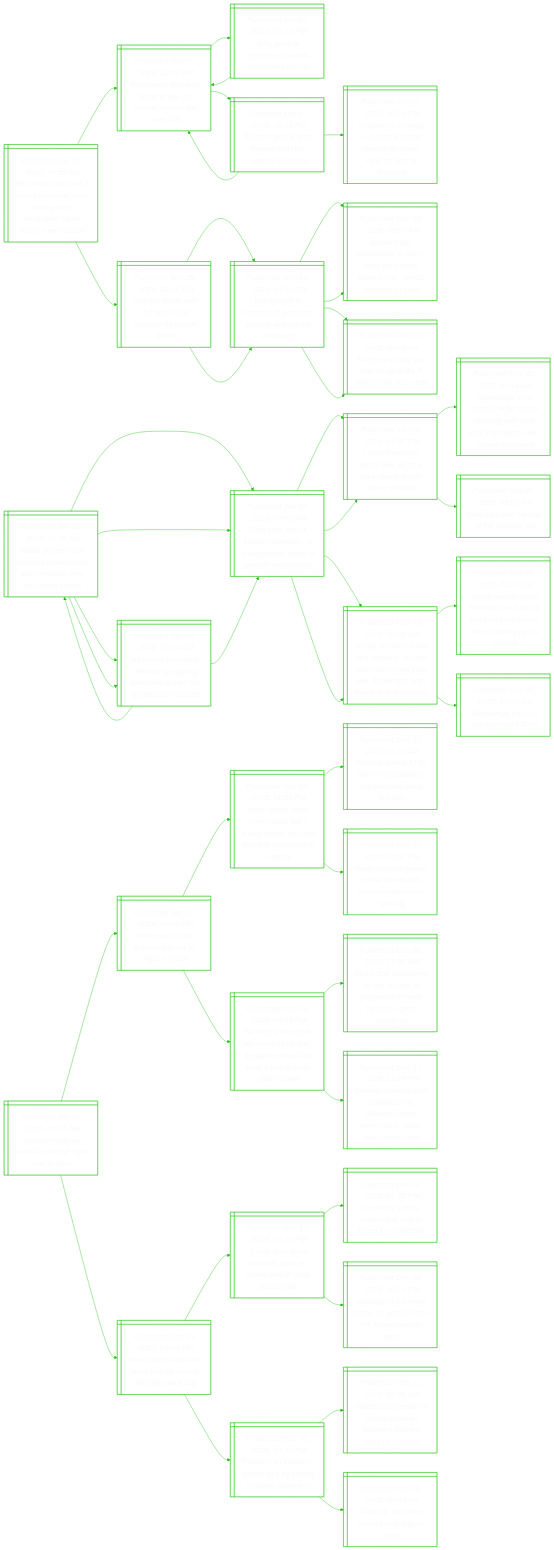
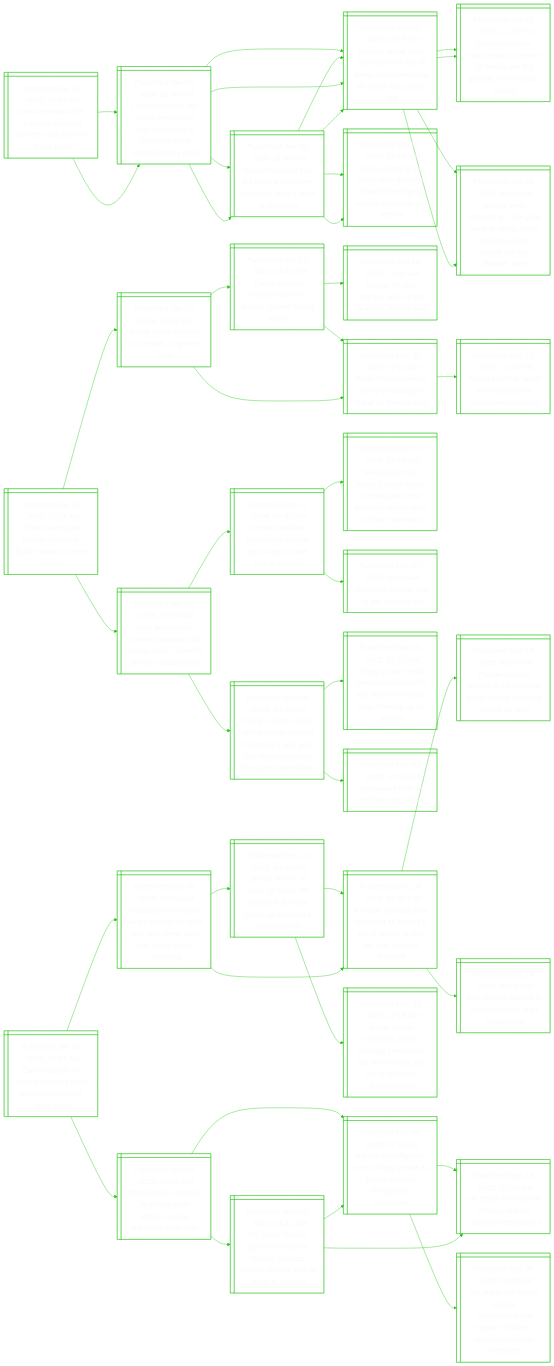
The diagram in README.md (notJmes/notJmes), drawn with Mermaid before and after one commit. The commit also changed other lines of this file, not shown here.

````diff
--- a/README.md
+++ b/README.md
@@ -16,51 +16,66 @@
 flowchart LR
 classDef txtsize font-size:20px;
 
-Btwcarremheymhes@{ shape: win-pane, label: "_Published Jan 03, 2026, 07:55 AM_
-Bbc settles with oct 7 attack survivors after filming their destroyed home ‘without permission’" }
-NyeeawHakl@{ shape: win-pane, label: "_Published Oct 07, 2023, 12:04 PM_
-Netanyahu declares israel at war as hamas attacks kill over 100" }
-WzptIleint@{ shape: win-pane, label: "_Published Oct 07, 2023, 05:15 PM_
-Why gaza is epicentre of israeli-palestinian conflict" }
-NyeeawHakl@{ shape: win-pane, label: "_Published Oct 07, 2023, 12:04 PM_
-Netanyahu declares israel at war as hamas attacks kill over 100" }
-Wiceapaks@{ shape: win-pane, label: "_Published Oct 07, 2023, 06:44 PM_
-World in shock after hamas surprise attacks on israel" }
-NyeeawHakl@{ shape: win-pane, label: "_Published Oct 07, 2023, 12:04 PM_
-Netanyahu declares israel at war as hamas attacks kill over 100" }
-SptldtrcIlsnic@{ shape: win-pane, label: "_Published Oct 07, 2023, 10:24 PM_
-Singapore strongly condemns terror attacks on israel, calls for end to violence" }
-TslhBleioe@{ shape: win-pane, label: "_Published Nov 25, 2025, 08:18 PM_
-Trump’s battle with the bbc could threaten its global reach" }
-Bunsoadtadnp@{ shape: win-pane, label: "_Published Nov 15, 2025, 10:53 PM_
-Bbc caught in crossfire of polarised political and media landscape" }
-BiCosueoshrtaoi@{ shape: win-pane, label: "_Published Nov 14, 2025, 05:07 AM_
-Britain’s bbc apologises to trump over panorama speech edit, rejects defamation claim" }
-Tsieooieet@{ shape: win-pane, label: "_Published Nov 15, 2025, 10:09 AM_
-Trump says will sue bbc for up to $6.4 billion over video edit" }
-Bunsoadtadnp@{ shape: win-pane, label: "_Published Nov 15, 2025, 10:53 PM_
-Bbc caught in crossfire of polarised political and media landscape" }
-BiCosueoshrtaoi@{ shape: win-pane, label: "_Published Nov 14, 2025, 05:07 AM_
-Britain’s bbc apologises to trump over panorama speech edit, rejects defamation claim" }
-Tsieooieet@{ shape: win-pane, label: "_Published Nov 15, 2025, 10:09 AM_
-Trump says will sue bbc for up to $6.4 billion over video edit" }
+CMnechusuoaz@{ shape: win-pane, label: "_Published Jan 03, 2026, 11:34 AM_
+Crans-montana fire: ‘my face was half-burned’ says survivor of bar blaze" }
+CMnesercapektdlz@{ shape: win-pane, label: "_Published Jan 02, 2026, 11:40 PM_
+Crans-montana fire: swiss prosecutor says champagne sparklers likely started deadly blaze" }
+Dserrftssairpe@{ shape: win-pane, label: "_Published Jan 01, 2026, 02:15 PM_
+Dozens killed, over 100 injured in fire at swiss crans-montana ski resort bar, police say" }
+CMnsoceaaeltrcs@{ shape: win-pane, label: "_Published Jan 01, 2026, 11:24 PM_
+Crans-montana: swiss resort at centre of deadly bar fire popular with tourists, celebs" }
+Pesmeryianrteodtn@{ shape: win-pane, label: "_Published Jan 02, 2026, 02:44 AM_
+‘people were screaming’: new year party at swiss crans-montana resort turned into fire disaster zone" }
+CMneiahorrats@{ shape: win-pane, label: "_Published Jan 02, 2026, 11:40 PM_
+Crans-montana fire: it’s likely a flashover occurred. here’s what that means" }
+Dserrftssairpe@{ shape: win-pane, label: "_Published Jan 01, 2026, 02:15 PM_
+Dozens killed, over 100 injured in fire at swiss crans-montana ski resort bar, police say" }
+CMnesaukeyisaae@{ shape: win-pane, label: "_Published Jan 02, 2026, 07:14 AM_
+Crans-montana fire: swiss face arduous task of identifying victims of deadly bar inferno" }
+CMnesercapektdlz@{ shape: win-pane, label: "_Published Jan 02, 2026, 11:40 PM_
+Crans-montana fire: swiss prosecutor says champagne sparklers likely started deadly blaze" }
+Dserrftssairpe@{ shape: win-pane, label: "_Published Jan 01, 2026, 02:15 PM_
+Dozens killed, over 100 injured in fire at swiss crans-montana ski resort bar, police say" }
+CMnsoceaaeltrcs@{ shape: win-pane, label: "_Published Jan 01, 2026, 11:24 PM_
+Crans-montana: swiss resort at centre of deadly bar fire popular with tourists, celebs" }
+Pesmeryianrteodtn@{ shape: win-pane, label: "_Published Jan 02, 2026, 02:44 AM_
+‘people were screaming’: new year party at swiss crans-montana resort turned into fire disaster zone" }
+CMneiahorrats@{ shape: win-pane, label: "_Published Jan 02, 2026, 11:40 PM_
+Crans-montana fire: it’s likely a flashover occurred. here’s what that means" }
+Dserrftssairpe@{ shape: win-pane, label: "_Published Jan 01, 2026, 02:15 PM_
+Dozens killed, over 100 injured in fire at swiss crans-montana ski resort bar, police say" }
+CMnesaukeyisaae@{ shape: win-pane, label: "_Published Jan 02, 2026, 07:14 AM_
+Crans-montana fire: swiss face arduous task of identifying victims of deadly bar inferno" }
 
-Btwcarremheymhes:::txtsize --> NyeeawHakl:::txtsize
-NyeeawHakl:::txtsize --> WzptIleint:::txtsize
-WzptIleint:::txtsize --> NyeeawHakl:::txtsize
-NyeeawHakl:::txtsize --> Wiceapaks:::txtsize
-Wiceapaks:::txtsize --> NyeeawHakl:::txtsize
-Wiceapaks:::txtsize --> SptldtrcIlsnic:::txtsize
-Btwcarremheymhes:::txtsize --> TslhBleioe:::txtsize
-TslhBleioe:::txtsize --> Bunsoadtadnp:::txtsize
-Bunsoadtadnp:::txtsize --> BiCosueoshrtaoi:::txtsize
-Bunsoadtadnp:::txtsize --> Tsieooieet:::txtsize
-TslhBleioe:::txtsize --> Bunsoadtadnp:::txtsize
-Bunsoadtadnp:::txtsize --> BiCosueoshrtaoi:::txtsize
-Bunsoadtadnp:::txtsize --> Tsieooieet:::txtsize
+CMnechusuoaz:::txtsize --> CMnesercapektdlz:::txtsize
+CMnesercapektdlz:::txtsize --> Dserrftssairpe:::txtsize
+Dserrftssairpe:::txtsize --> CMnsoceaaeltrcs:::txtsize
+Dserrftssairpe:::txtsize --> Pesmeryianrteodtn:::txtsize
+CMnesercapektdlz:::txtsize --> CMneiahorrats:::txtsize
+CMneiahorrats:::txtsize --> Dserrftssairpe:::txtsize
+CMneiahorrats:::txtsize --> CMnesaukeyisaae:::txtsize
+CMnechusuoaz:::txtsize --> CMnesercapektdlz:::txtsize
+CMnesercapektdlz:::txtsize --> Dserrftssairpe:::txtsize
+Dserrftssairpe:::txtsize --> CMnsoceaaeltrcs:::txtsize
+Dserrftssairpe:::txtsize --> Pesmeryianrteodtn:::txtsize
+CMnesercapektdlz:::txtsize --> CMneiahorrats:::txtsize
+CMneiahorrats:::txtsize --> Dserrftssairpe:::txtsize
+CMneiahorrats:::txtsize --> CMnesaukeyisaae:::txtsize
 
-Ilenuaitioald@{ shape: win-pane, label: "_Published Jan 03, 2026, 07:49 AM_
-Israeli government accuses mamdani of anti-semitism over cancelled orders" }
+TsPioalnnt@{ shape: win-pane, label: "_Published Jan 03, 2026, 11:21 AM_
+Trump super pac raised more than $128 million in recent months" }
+Taddhhiss@{ shape: win-pane, label: "_Published Jan 02, 2026, 09:41 PM_
+Trump again defends his health, cognitive skills" }
+Tbssnsnels@{ shape: win-pane, label: "_Published Jan 01, 2026, 10:44 PM_
+Trump blames bruised hand on aspirin, denies falling asleep" }
+Thraylty@{ shape: win-pane, label: "_Published Oct 11, 2025, 11:00 AM_
+Trump, 79, has ‘cardiac age’ of 65-year-old, doctor says" }
+WHbspdhnss@{ shape: win-pane, label: "_Published Dec 12, 2025, 07:10 AM_
+White house blames trump’s bandaged hand on handshakes" }
+WHbspdhnss@{ shape: win-pane, label: "_Published Dec 12, 2025, 07:10 AM_
+White house blames trump’s bandaged hand on handshakes" }
+Tseadieael@{ shape: win-pane, label: "_Published Dec 10, 2025, 12:40 PM_
+Trump says he ‘aced’ a third cognitive exam taken recently" }
 Nrormautogncl@{ shape: win-pane, label: "_Published Jan 02, 2026, 07:00 AM_
 New york mayor zohran mamdani, at inauguration, vows to govern ‘audaciously’" }
 LsdavNroemd@{ shape: win-pane, label: "_Published Jan 01, 2026, 01:57 PM_
@@ -75,80 +90,65 @@
 Young muslim leftist mamdani on track to win new york mayor vote, shaking up us politics" }
 Twreig@{ shape: win-pane, label: "_Published Nov 05, 2025, 10:50 AM_
 Takeaways from us election night 2025" }
-Nodespetrhess@{ shape: win-pane, label: "_Published Jan 03, 2026, 07:30 AM_
-Ny mayor mamdani defends scrapping executive orders his predecessor issued" }
-Ilenuaitioald@{ shape: win-pane, label: "_Published Jan 03, 2026, 07:49 AM_
-Israeli government accuses mamdani of anti-semitism over cancelled orders" }
-Nrormautogncl@{ shape: win-pane, label: "_Published Jan 02, 2026, 07:00 AM_
-New york mayor zohran mamdani, at inauguration, vows to govern ‘audaciously’" }
-Nodespetrhess@{ shape: win-pane, label: "_Published Jan 03, 2026, 07:30 AM_
-Ny mayor mamdani defends scrapping executive orders his predecessor issued" }
-Nrormautogncl@{ shape: win-pane, label: "_Published Jan 02, 2026, 07:00 AM_
-New york mayor zohran mamdani, at inauguration, vows to govern ‘audaciously’" }
-LsdavNroemd@{ shape: win-pane, label: "_Published Jan 01, 2026, 01:57 PM_
-Leftist mamdani takes over as new york mayor under trump shadow" }
-YMmnoihaiYilehpea@{ shape: win-pane, label: "_Published Nov 05, 2025, 10:55 AM_
-Young, muslim, asian and socialist: zohran mamdani’s new york win challenges both trump and democrats" }
 
-Ilenuaitioald:::txtsize --> Nrormautogncl:::txtsize
+TsPioalnnt:::txtsize --> Taddhhiss:::txtsize
+Taddhhiss:::txtsize --> Tbssnsnels:::txtsize
+Tbssnsnels:::txtsize --> Thraylty:::txtsize
+Tbssnsnels:::txtsize --> WHbspdhnss:::txtsize
+Taddhhiss:::txtsize --> WHbspdhnss:::txtsize
+WHbspdhnss:::txtsize --> Tseadieael:::txtsize
+TsPioalnnt:::txtsize --> Nrormautogncl:::txtsize
 Nrormautogncl:::txtsize --> LsdavNroemd:::txtsize
 LsdavNroemd:::txtsize --> TwruhoegNryrtad:::txtsize
 LsdavNroemd:::txtsize --> Mntshul:::txtsize
 Nrormautogncl:::txtsize --> YMmnoihaiYilehpea:::txtsize
 YMmnoihaiYilehpea:::txtsize --> YMmimociYaoauoc:::txtsize
 YMmnoihaiYilehpea:::txtsize --> Twreig:::txtsize
-Ilenuaitioald:::txtsize --> Nodespetrhess:::txtsize
-Nodespetrhess:::txtsize --> Ilenuaitioald:::txtsize
-Ilenuaitioald:::txtsize --> Nrormautogncl:::txtsize
-Ilenuaitioald:::txtsize --> Nodespetrhess:::txtsize
-Nodespetrhess:::txtsize --> Nrormautogncl:::txtsize
-Nrormautogncl:::txtsize --> LsdavNroemd:::txtsize
-Nrormautogncl:::txtsize --> YMmnoihaiYilehpea:::txtsize
 
-UelsteGnz@{ shape: win-pane, label: "_Published Jan 03, 2026, 07:37 AM_
-Un chief calls on israel to reverse ngos ban in gaza" }
-IlilrnOa@{ shape: win-pane, label: "_Published Jan 01, 2026, 06:49 PM_
-Israel says it will enforce ban on 37 ngos in gaza" }
-Ilnttotcbiddpnu@{ shape: win-pane, label: "_Published Dec 24, 2025, 11:53 PM_
-Israel green lights contentious oct 7 attack probe, families demand independent inquiry" }
-Ilvinviddrdy@{ shape: win-pane, label: "_Published Dec 25, 2025, 01:52 AM_
-Israel to invest $140 billion in developing independent arms industry" }
-Ilnwbosealcy@{ shape: win-pane, label: "_Published Dec 23, 2025, 08:04 PM_
-Israel extends power to ban broadcasts deemed harmful to security" }
-NpyosbSphdtnlnm@{ shape: win-pane, label: "_Published Dec 31, 2025, 03:15 PM_
-No happy new year for those hit by war; singapore should do what it can to help: shanmugam" }
-AvtheeSpoesast@{ shape: win-pane, label: "_Published Dec 20, 2025, 11:05 AM_
-About 200 volunteers hit the streets of singapore to raise funds for gaza residents" }
-WcehaavnpsUBTR@{ shape: win-pane, label: "_Published Dec 27, 2025, 12:15 PM_
-Woman charged with vandalism at salvation army premises in upper bukit timah road" }
-HrmtumphhC@{ shape: win-pane, label: "_Published Dec 31, 2025, 04:24 PM_
-How israel’s multi-ton truck bombs ripped through gaza city" }
-TeTbilptGel@{ shape: win-pane, label: "_Published Dec 10, 2025, 07:10 PM_
-Tussle over turks bedevils talks on phase two of gaza peace plan" }
-Gnresisano@{ shape: win-pane, label: "_Published Dec 06, 2025, 07:25 PM_
-Germany’s merz makes first visit to israel as chancellor" }
-NyiemaDoes@{ shape: win-pane, label: "_Published Dec 08, 2025, 10:21 PM_
-Netanyahu will meet trump on gaza on dec 29, spokesperson says" }
-Ptnossbtrem@{ shape: win-pane, label: "_Published Dec 31, 2025, 04:00 PM_
-Palestinian authority sparks fury by cutting prisoner payments" }
-Ptnissoatedis@{ shape: win-pane, label: "_Published Feb 11, 2025, 03:48 AM_
-Palestinian president scraps prisoner payment system amid us criticism" }
-Wooumzl@{ shape: win-pane, label: "_Published Oct 09, 2025, 10:43 AM_
-What do we know about trump’s gaza deal?" }
+Coboyyuustlts@{ shape: win-pane, label: "_Published Jan 03, 2026, 10:23 AM_
+California ban on openly carrying guns is unconstitutional, court rules" }
+AaNulsornratnaog@{ shape: win-pane, label: "_Published Dec 24, 2025, 07:03 AM_
+Australia’s new south wales passes tougher gun, anti-terror laws after bondi beach shooting" }
+Aolaaunoaksina@{ shape: win-pane, label: "_Published Dec 14, 2025, 10:50 PM_
+‘an act of evil’: at least 16 dead, 40 injured in terrorist attack at australia’s bondi beach" }
+Asdrttenaleeoie@{ shape: win-pane, label: "_Published Dec 14, 2025, 04:30 PM_
+At least 16 dead after shooting at sydney’s bondi beach; police declare ‘terrorist incident’" }
+BBsioryeceiWrtta@{ shape: win-pane, label: "_Published Dec 15, 2025, 12:18 AM_
+Bondi beach shooting: s’pore strongly condemns act of terrorism, pm wong writes to australian pm" }
+Asdrttenaleeoie@{ shape: win-pane, label: "_Published Dec 14, 2025, 04:30 PM_
+At least 16 dead after shooting at sydney’s bondi beach; police declare ‘terrorist incident’" }
+Prolmnnaogee@{ shape: win-pane, label: "_Published Dec 14, 2025, 08:54 PM_
+Passer-by who tackled armed man at bondi beach shooting hailed as hero" }
+AeccAaitfw@{ shape: win-pane, label: "_Published Dec 14, 2025, 07:28 PM_
+Anti-semitic attacks in australia since start of gaza war" }
+SfictgoiTaita@{ shape: win-pane, label: "_Published Nov 09, 2025, 06:30 AM_
+Shots fired in chicago at immigration officers, trump administration says" }
+Asdriveatiirnk@{ shape: win-pane, label: "_Published Nov 06, 2025, 07:30 AM_
+Agents raid daycare, senior living centre as part of chicago immigration crackdown" }
+IfkmCgurrap@{ shape: win-pane, label: "_Published Sep 13, 2025, 07:45 AM_
+Ice officer kills man in chicago suburb during arrest attempt" }
+Ialttuoigcrhmtfe@{ shape: win-pane, label: "_Published Nov 06, 2025, 05:05 AM_
+Ice plans call centre to track unaccompanied migrant children, other immigration offenders" }
+Ugeomrlrieltocho@{ shape: win-pane, label: "_Published Nov 07, 2025, 04:41 AM_
+Us judge rejects government's riot claims, restricts federal agents' use of force in chicago" }
+IfkmCgurrap@{ shape: win-pane, label: "_Published Sep 13, 2025, 07:45 AM_
+Ice officer kills man in chicago suburb during arrest attempt" }
+Asdriveatiirnk@{ shape: win-pane, label: "_Published Nov 06, 2025, 07:30 AM_
+Agents raid daycare, senior living centre as part of chicago immigration crackdown" }
 
-UelsteGnz:::txtsize --> IlilrnOa:::txtsize
-IlilrnOa:::txtsize --> Ilnttotcbiddpnu:::txtsize
-Ilnttotcbiddpnu:::txtsize --> Ilvinviddrdy:::txtsize
-Ilnttotcbiddpnu:::txtsize --> Ilnwbosealcy:::txtsize
-IlilrnOa:::txtsize --> NpyosbSphdtnlnm:::txtsize
-NpyosbSphdtnlnm:::txtsize --> AvtheeSpoesast:::txtsize
-NpyosbSphdtnlnm:::txtsize --> WcehaavnpsUBTR:::txtsize
-UelsteGnz:::txtsize --> HrmtumphhC:::txtsize
-HrmtumphhC:::txtsize --> TeTbilptGel:::txtsize
-TeTbilptGel:::txtsize --> Gnresisano:::txtsize
-TeTbilptGel:::txtsize --> NyiemaDoes:::txtsize
-HrmtumphhC:::txtsize --> Ptnossbtrem:::txtsize
-Ptnossbtrem:::txtsize --> Ptnissoatedis:::txtsize
-Ptnossbtrem:::txtsize --> Wooumzl:::txtsize
+Coboyyuustlts:::txtsize --> AaNulsornratnaog:::txtsize
+AaNulsornratnaog:::txtsize --> Aolaaunoaksina:::txtsize
+Aolaaunoaksina:::txtsize --> Asdrttenaleeoie:::txtsize
+Aolaaunoaksina:::txtsize --> BBsioryeceiWrtta:::txtsize
+AaNulsornratnaog:::txtsize --> Asdrttenaleeoie:::txtsize
+Asdrttenaleeoie:::txtsize --> Prolmnnaogee:::txtsize
+Asdrttenaleeoie:::txtsize --> AeccAaitfw:::txtsize
+Coboyyuustlts:::txtsize --> SfictgoiTaita:::txtsize
+SfictgoiTaita:::txtsize --> Asdriveatiirnk:::txtsize
+Asdriveatiirnk:::txtsize --> IfkmCgurrap:::txtsize
+Asdriveatiirnk:::txtsize --> Ialttuoigcrhmtfe:::txtsize
+SfictgoiTaita:::txtsize --> Ugeomrlrieltocho:::txtsize
+Ugeomrlrieltocho:::txtsize --> IfkmCgurrap:::txtsize
+Ugeomrlrieltocho:::txtsize --> Asdriveatiirnk:::txtsize
 
 ```
````
